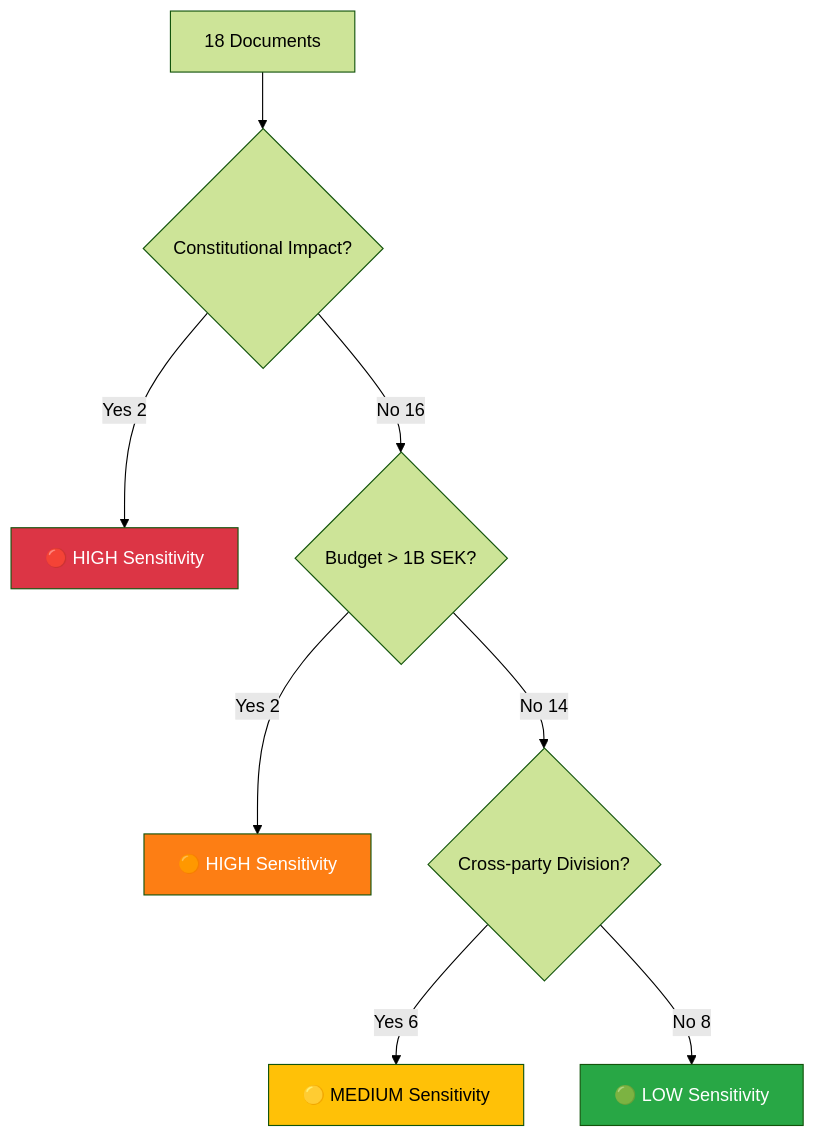
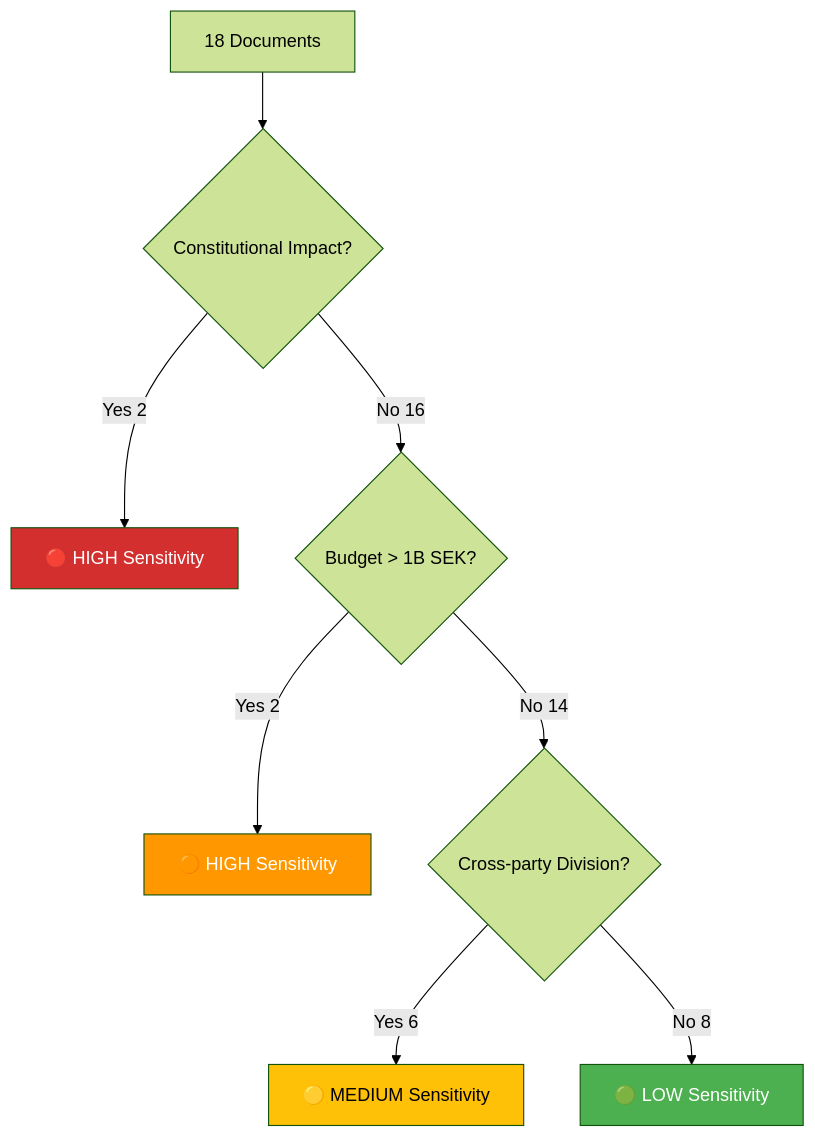
The diagram in analysis/daily/2026-04-03/evening-analysis/classification-results.md (Hack23/riksdagsmonitor), drawn with Mermaid (forest theme) before and after one commit. The commit also changed 785 other files, not shown here.

First line of the commit message:
Normalize mermaid colors across 786 analysis artifacts to ISMS Style Guide palette

````diff
--- a/analysis/daily/2026-04-03/evening-analysis/classification-results.md
+++ b/analysis/daily/2026-04-03/evening-analysis/classification-results.md
@@ -10,14 +10,14 @@
 ```mermaid
 graph TD
     A[18 Documents] --> B{Constitutional Impact?}
     B -->|Yes 2| C[🔴 HIGH Sensitivity]
     B -->|No 16| D{Budget > 1B SEK?}
     D -->|Yes 2| E[🟠 HIGH Sensitivity]
     D -->|No 14| F{Cross-party Division?}
     F -->|Yes 6| G[🟡 MEDIUM Sensitivity]
     F -->|No 8| H[🟢 LOW Sensitivity]
-    style C fill:#dc3545,color:#fff
-    style E fill:#fd7e14,color:#fff
-    style G fill:#ffc107,color:#000
-    style H fill:#28a745,color:#fff
+    style C fill:#D32F2F,color:#FFFFFF
+    style E fill:#FF9800,color:#FFFFFF
+    style G fill:#FFC107,color:#000000
+    style H fill:#4CAF50,color:#FFFFFF
 ```
````
